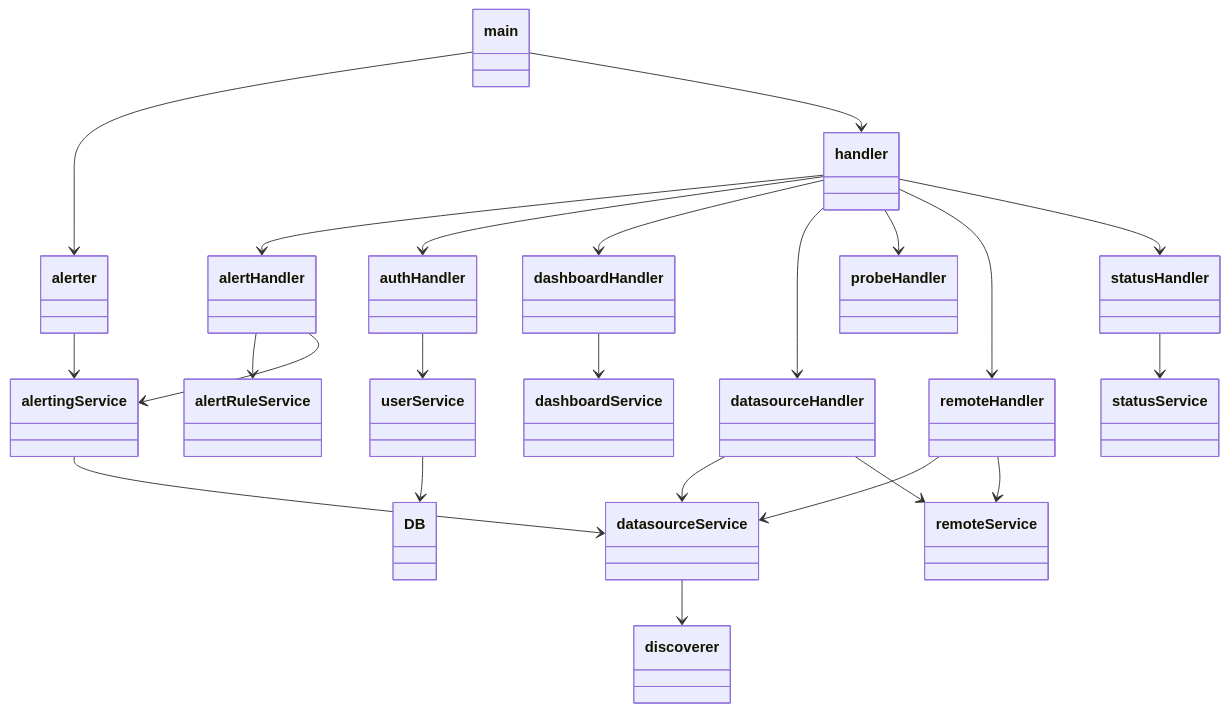
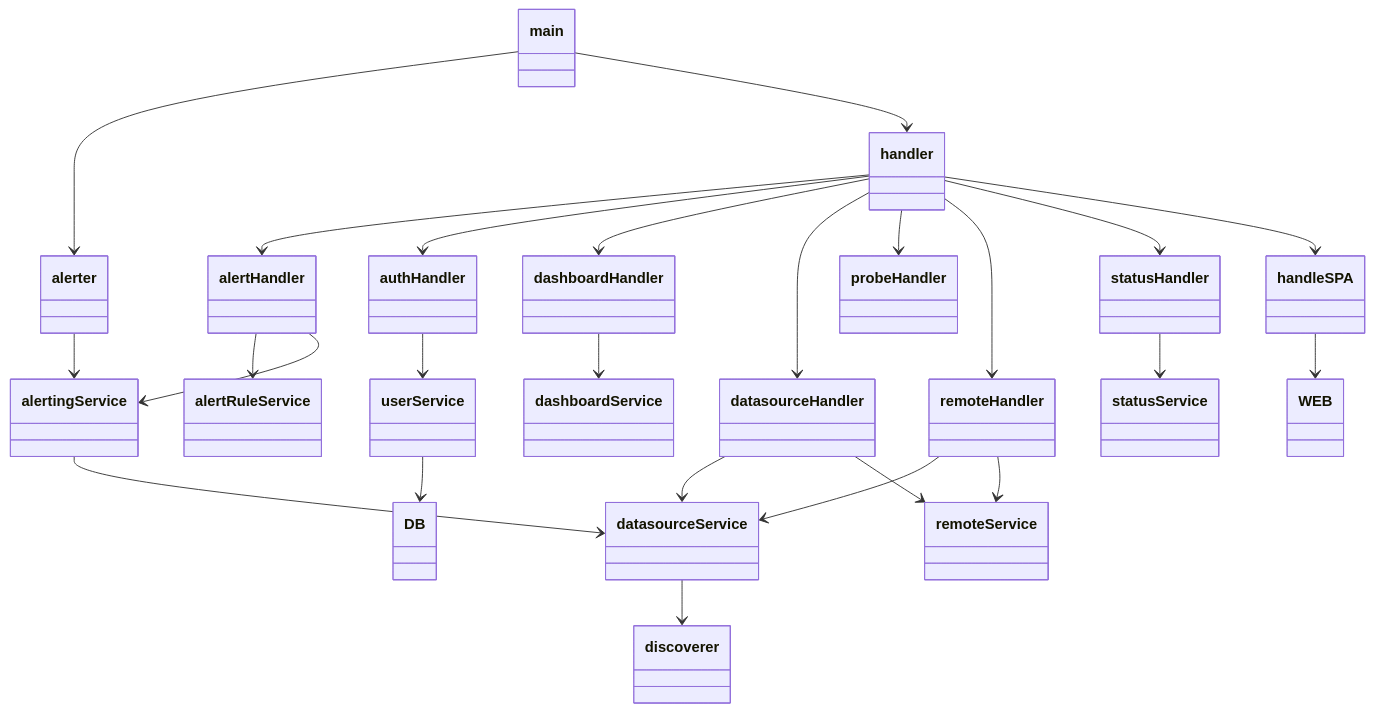
The diagram in docs/diagram.md (kuoss/venti), drawn with Mermaid before and after one commit.

````diff
--- a/docs/diagram.md
+++ b/docs/diagram.md
@@ -1,37 +1,39 @@
 ```mermaid
 classDiagram
 
 main --> alerter
 main --> handler
 
 alerter --> alertingService
 
 handler --> alertHandler
 handler --> authHandler
 handler --> dashboardHandler
 handler --> datasourceHandler
 handler --> probeHandler
 handler --> remoteHandler
 handler --> statusHandler
+handler --> handleSPA 
+handleSPA --> WEB
 
 alertHandler --> alertRuleService
 alertHandler --> alertingService
 
 authHandler --> userService
 
 dashboardHandler --> dashboardService
 
 datasourceHandler --> datasourceService
 datasourceHandler --> remoteService
 
 remoteHandler --> datasourceService
 remoteHandler --> remoteService
 
 statusHandler --> statusService
 
 alertingService --> datasourceService
 
 datasourceService --> discoverer
 
 userService --> DB
 ```
````
